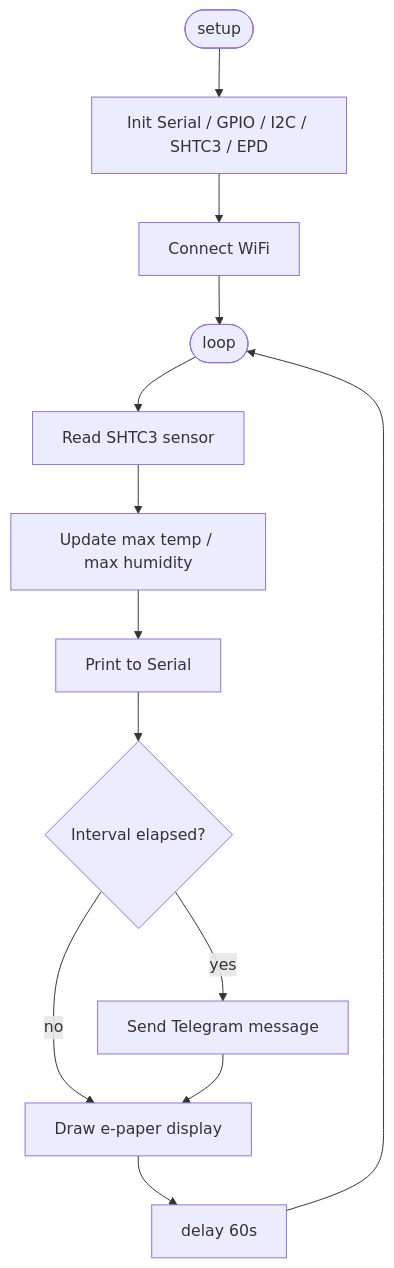
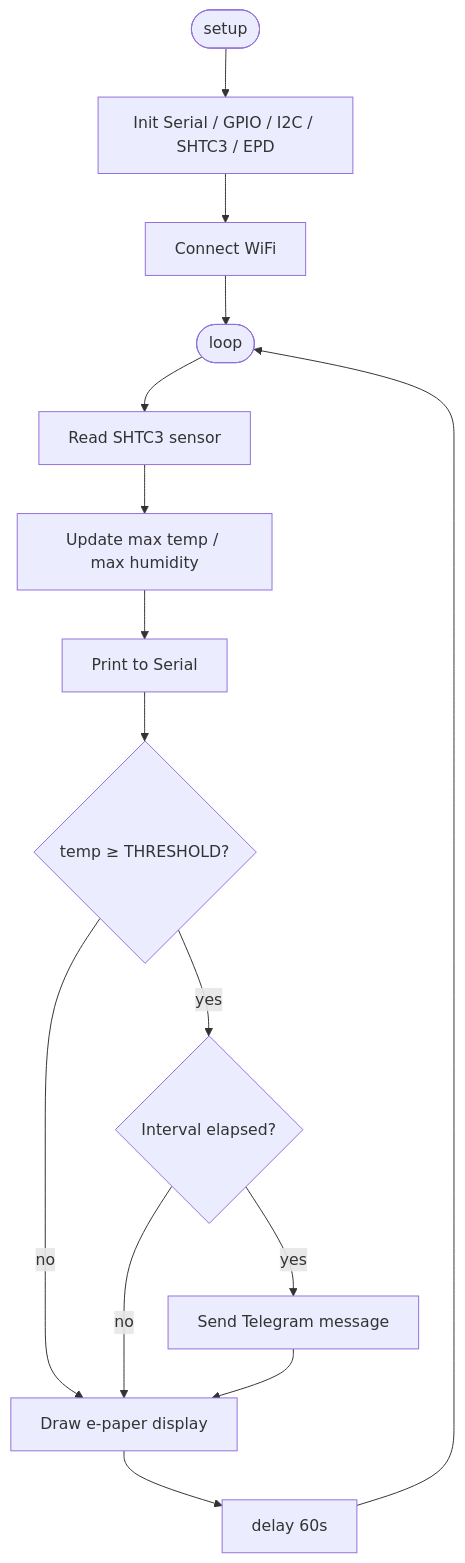
Before and after one commit to AlessandroLorenzi/hot-dog-2: the diagram in README.md, drawn with Mermaid.

Commit message:
Update diagram: Telegram only when HOT

````diff
--- a/README.md
+++ b/README.md
@@ -41,15 +41,17 @@
 ```mermaid
 flowchart TD
     A([setup]) --> B[Init Serial / GPIO / I2C / SHTC3 / EPD]
     B --> W[Connect WiFi]
     W --> C([loop])
     C --> E[Read SHTC3 sensor]
     E --> F[Update max temp / max humidity]
     F --> K[Print to Serial]
-    K --> L{Interval elapsed?}
+    K --> H{temp ≥ THRESHOLD?}
+    H -- no  --> N
+    H -- yes --> L{Interval elapsed?}
     L -- no  --> N
     L -- yes --> M[Send Telegram message]
     M --> N[Draw e-paper display]
     N --> P[delay 60s]
     P --> C
 ```
````
